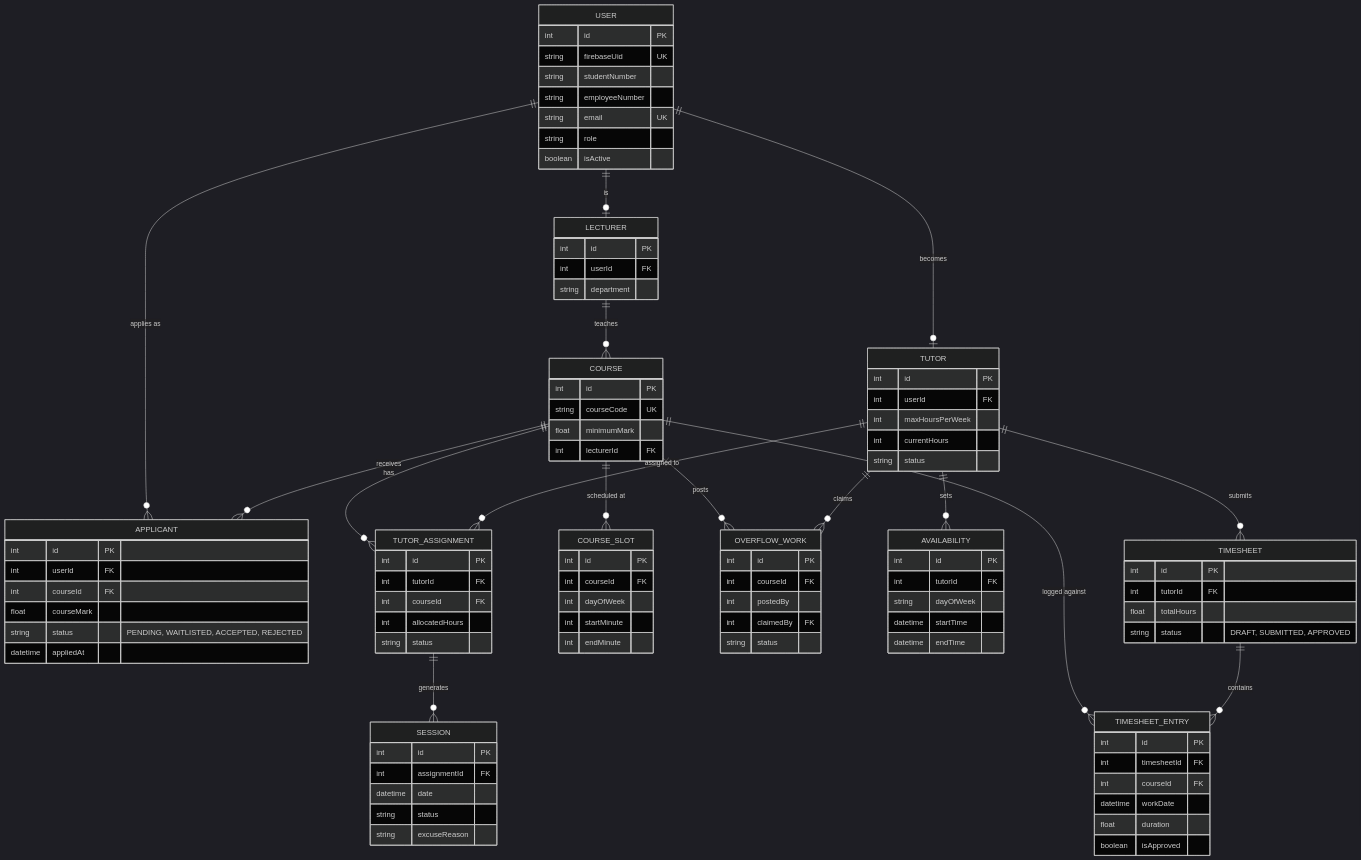
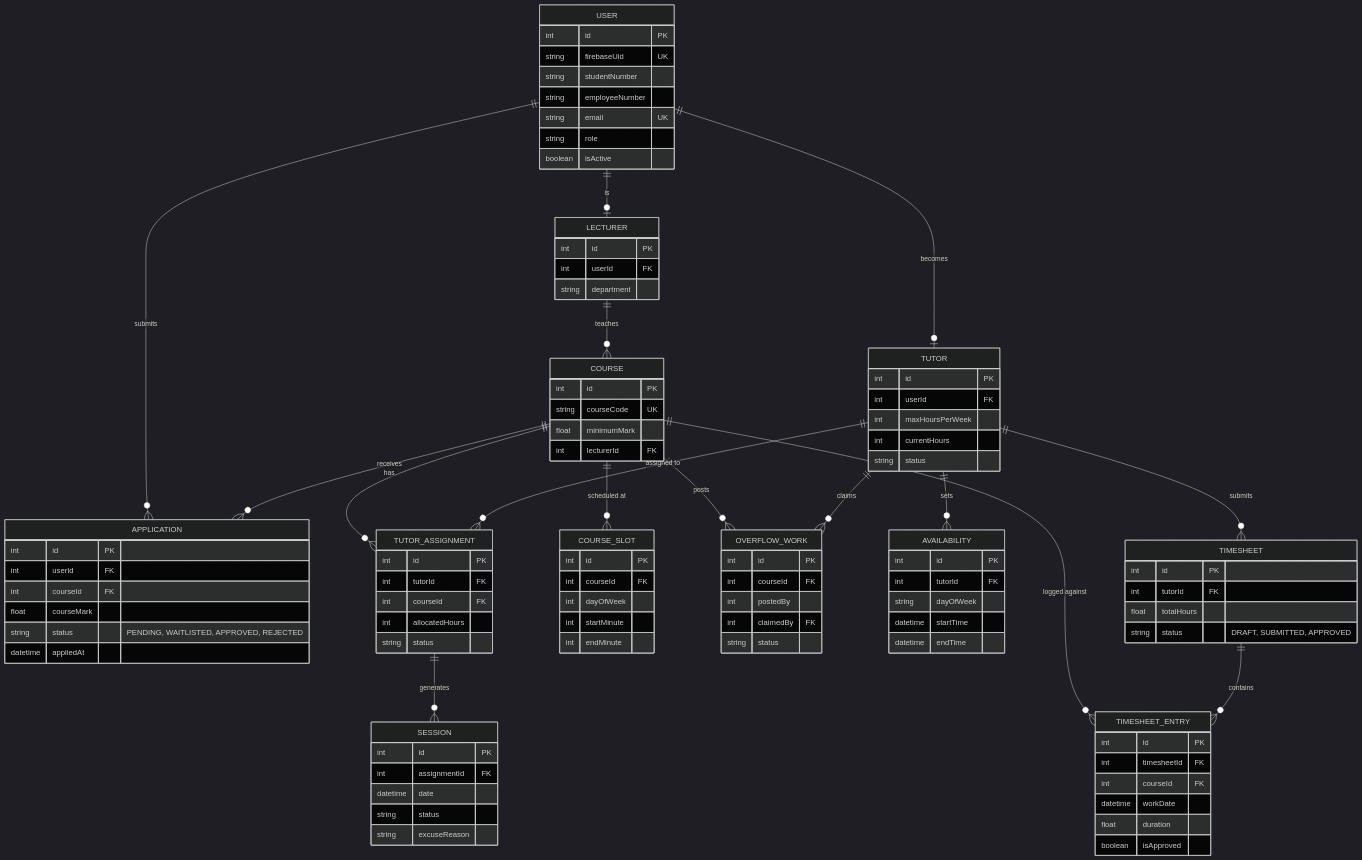
Before and after one commit to kompile-n-konquer/Tutor-Management-System: the diagram in docs/docs/diagrams/er-diagram.md, drawn with Mermaid (dark theme). The commit also changed other lines of this file and 20 other files, not shown here.

```diff
--- a/docs/docs/diagrams/er-diagram.md
+++ b/docs/docs/diagrams/er-diagram.md
@@ -10,10 +10,10 @@
 erDiagram
   USER ||--o| TUTOR : "becomes"
   USER ||--o| LECTURER : "is"
-  USER ||--o{ APPLICANT : "applies as"
+  USER ||--o{ APPLICATION : "submits"
 
   LECTURER ||--o{ COURSE : "teaches"
-  COURSE ||--o{ APPLICANT : "receives"
+  COURSE ||--o{ APPLICATION : "receives"
   COURSE ||--o{ TUTOR_ASSIGNMENT : "has"
   COURSE ||--o{ COURSE_SLOT : "scheduled at"
   COURSE ||--o{ OVERFLOW_WORK : "posts"
@@ -36,12 +36,12 @@
     string role
     boolean isActive
   }
-  APPLICANT {
+  APPLICATION {
     int id PK
     int userId FK
     int courseId FK
     float courseMark
-    string status "PENDING, WAITLISTED, ACCEPTED, REJECTED"
+    string status "PENDING, WAITLISTED, APPROVED, REJECTED"
     datetime appliedAt
   }
   LECTURER {
```
